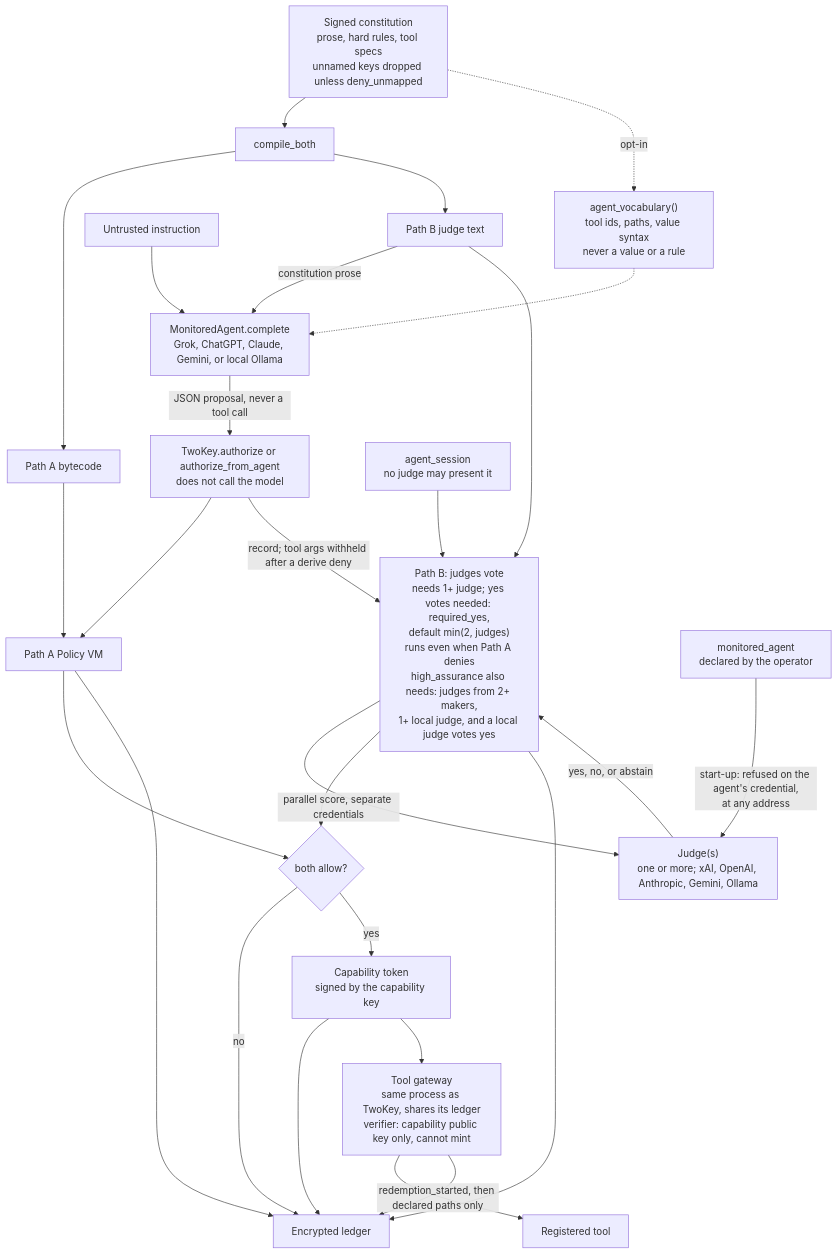
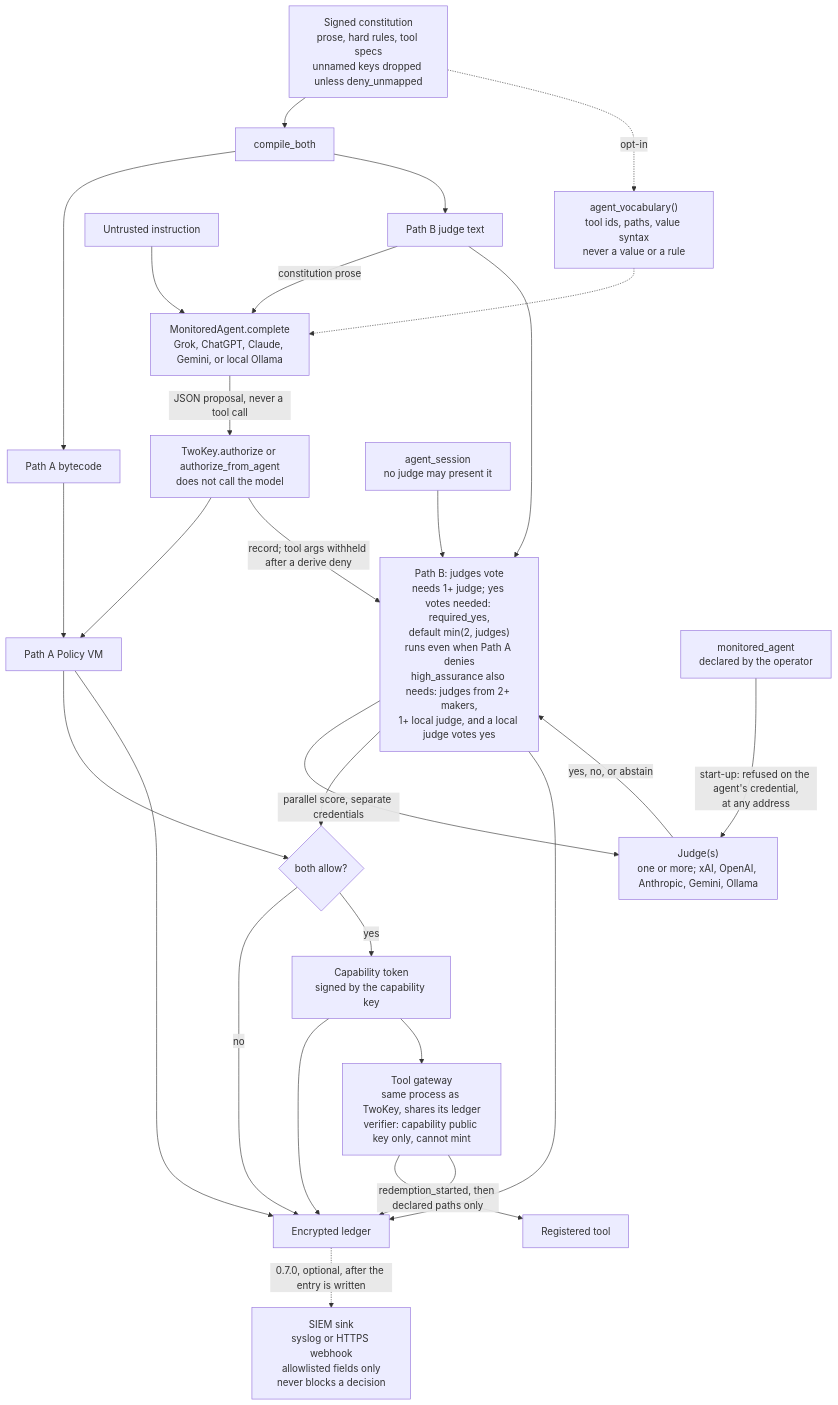
The second of 4 diagrams in README.md (Insomniac-VibeLabs/two-key), drawn with Mermaid before and after one commit. The commit also changed other lines of this file and 15 other files, not shown here.

````diff
--- a/README.md
+++ b/README.md
@@ -235,29 +247,30 @@
 ```mermaid
 flowchart TD
   constitution["Signed constitution<br/>prose, hard rules, tool specs<br/>unnamed keys dropped unless deny_unmapped"] --> compile["compile_both"]
   compile --> bytecode["Path A bytecode"]
   compile --> judgeText["Path B judge text"]
   instruction["Untrusted instruction"] --> agent["MonitoredAgent.complete<br/>Grok, ChatGPT, Claude, Gemini, or local Ollama"]
   judgeText -->|"constitution prose"| agent
   constitution -.->|"opt-in"| vocab["agent_vocabulary()<br/>tool ids, paths, value syntax<br/>never a value or a rule"]
   vocab -.-> agent
   agent -->|"JSON proposal, never a tool call"| authorize["TwoKey.authorize or authorize_from_agent<br/>does not call the model"]
   bytecode --> pathA["Path A Policy VM"]
   authorize --> pathA
   authorize -->|"record; tool args withheld after a derive deny"| pathB["Path B: judges vote<br/>needs 1+ judge; yes votes needed: required_yes,<br/>default min(2, judges)<br/>runs even when Path A denies<br/>high_assurance also needs: judges from 2+ makers,<br/>1+ local judge, and a local judge votes yes"]
   judgeText --> pathB
   declared["monitored_agent<br/>declared by the operator"] -->|"start-up: refused on the agent's credential,<br/>at any address"| judges
   session["agent_session<br/>no judge may present it"] --> pathB
   pathB -->|"parallel score, separate credentials"| judges["Judge(s)<br/>one or more; xAI, OpenAI, Anthropic, Gemini, Ollama"]
   judges -->|"yes, no, or abstain"| pathB
   pathA --> gate{"both allow?"}
   pathB --> gate
   pathA --> ledger["Encrypted ledger"]
   pathB --> ledger
   gate -->|no| ledger
   gate -->|yes| token["Capability token<br/>signed by the capability key"]
   token --> ledger
   token --> gateway["Tool gateway<br/>same process as TwoKey, shares its ledger<br/>verifier: capability public key only, cannot mint"]
   gateway -->|"redemption_started, then declared paths only"| tool["Registered tool"]
   gateway --> ledger
+  ledger -.->|"0.7.0, optional, after the entry is written"| siem["SIEM sink<br/>syslog or HTTPS webhook<br/>allowlisted fields only<br/>never blocks a decision"]
 ```
````
